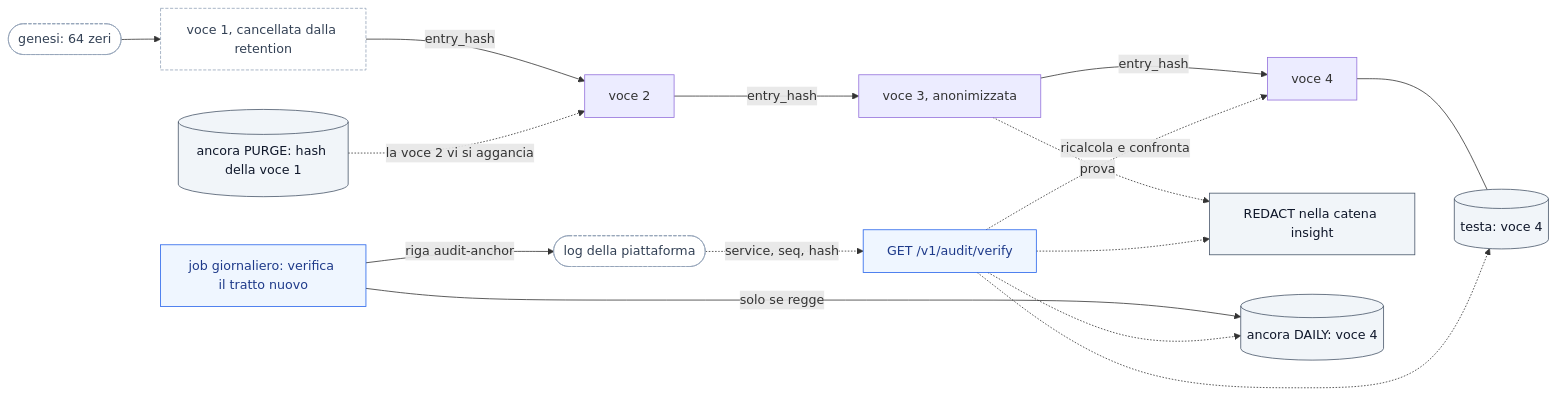
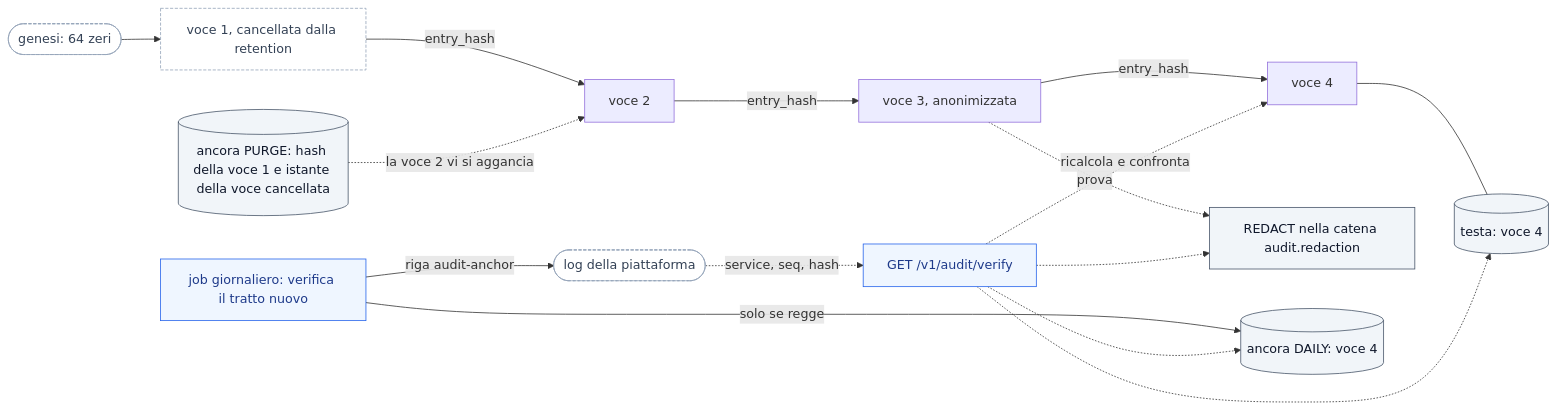
Before and after one commit to peppe-ruv/Loyalty_Sys: the fourth of 4 diagrams in docs/servizi/insight-service.md, drawn with Mermaid. The commit also changed other lines of this file and 6 other files, not shown here.

First line of the commit message:
docs(insight): limiti reali dell'audit a catena, ancore obbligatorie nei log, Q-404 e TOBE-005 [F2-GRC-07, ADR-043, ADR-044, ADR-038, M8.12a]

````diff
--- a/docs/servizi/insight-service.md
+++ b/docs/servizi/insight-service.md
@@ -190,25 +198,25 @@
 ```mermaid
 flowchart LR
   accTitle: Catena di hash dell'audit per servizio
-  accDescr: Ogni voce di audit di un servizio porta l'hash della precedente; la prima parte dalla genesi o si aggancia all'ancora PURGE lasciata dalla retention; ogni riscrittura del contenuto accoda una prova REDACT; il job giornaliero verifica il tratto nuovo, registra un'ancora e la scrive nei log; la verifica ricalcola la catena e la confronta con testa, ancore, prove e un'ancora copiata dai log.
+  accDescr: Ogni voce di audit di un servizio porta l'hash della precedente; la prima parte dalla genesi o si aggancia all'ancora PURGE lasciata dalla cancellazione; ogni riscrittura del contenuto accoda una prova REDACT nella catena riservata audit.redaction; il job giornaliero verifica il tratto nuovo, registra un'ancora e la scrive nei log; la verifica ricalcola la catena e la confronta con testa, ancore, prove e un'ancora copiata dai log.
   GEN(["genesi: 64 zeri"]) --> E1["voce 1, cancellata dalla retention"]
   E1 -->|entry_hash| E2["voce 2"]
   E2 -->|entry_hash| E3["voce 3, anonimizzata"]
   E3 -->|entry_hash| E4["voce 4"]
-  PURGE[("ancora PURGE: hash della voce 1")] -.->|la voce 2 vi si aggancia| E2
-  E3 -.->|prova| RED["REDACT nella catena insight"]
+  PURGE[("ancora PURGE: hash della voce 1 e istante della voce cancellata")] -.->|la voce 2 vi si aggancia| E2
+  E3 -.->|prova| RED["REDACT nella catena audit.redaction"]
   E4 --- HEAD[("testa: voce 4")]
   JOB["job giornaliero: verifica il tratto nuovo"] -->|solo se regge| DAILY[("ancora DAILY: voce 4")]
   JOB -->|riga audit-anchor| LOG(["log della piattaforma"])
   VER["GET /v1/audit/verify"] -.->|ricalcola e confronta| E4
   VER -.-> HEAD
   VER -.-> DAILY
   VER -.-> RED
   LOG -.->|"service, seq, hash"| VER
   classDef svc fill:#EFF6FF,stroke:#2563EB,color:#1E3A8A
   classDef store fill:#F1F5F9,stroke:#475569,color:#0F172A
   classDef ext fill:#FFFFFF,stroke:#94A3B8,stroke-dasharray:4 2,color:#334155
   class JOB,VER svc
   class PURGE,HEAD,DAILY,RED store
   class GEN,E1,LOG ext
 ```
````
